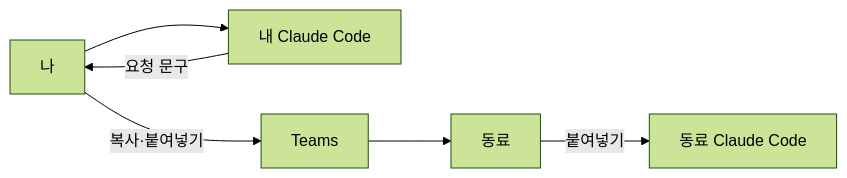
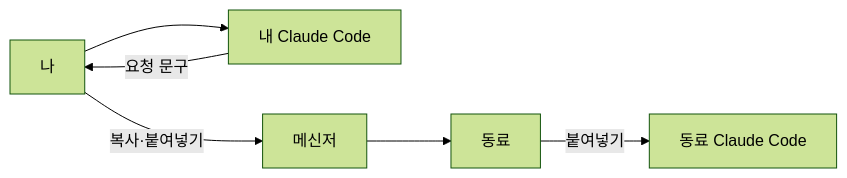
The first of 3 diagrams in docs/designs/0002-peer-agent-messaging.md (jungrok5/ai-code-collaboration-best-practices), drawn with Mermaid (forest theme) before and after one commit. The commit also changed other lines of this file and 2 other files, not shown here.

````diff
--- a/docs/designs/0002-peer-agent-messaging.md
+++ b/docs/designs/0002-peer-agent-messaging.md
@@ -30,6 +31,6 @@
 ```mermaid
 flowchart LR
   A[나] --> AA[내 Claude Code] -- 요청 문구 --> A
-  A -- 복사·붙여넣기 --> T[Teams] --> B[동료]
+  A -- 복사·붙여넣기 --> T[메신저] --> B[동료]
   B -- 붙여넣기 --> BA[동료 Claude Code]
 ```
````
